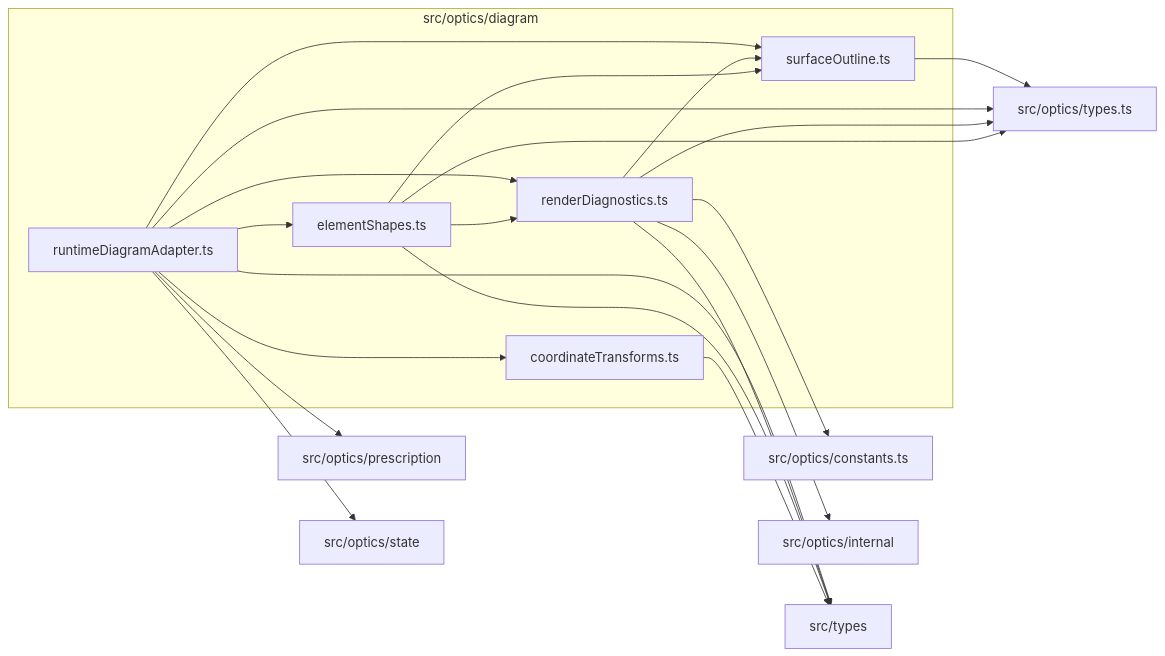
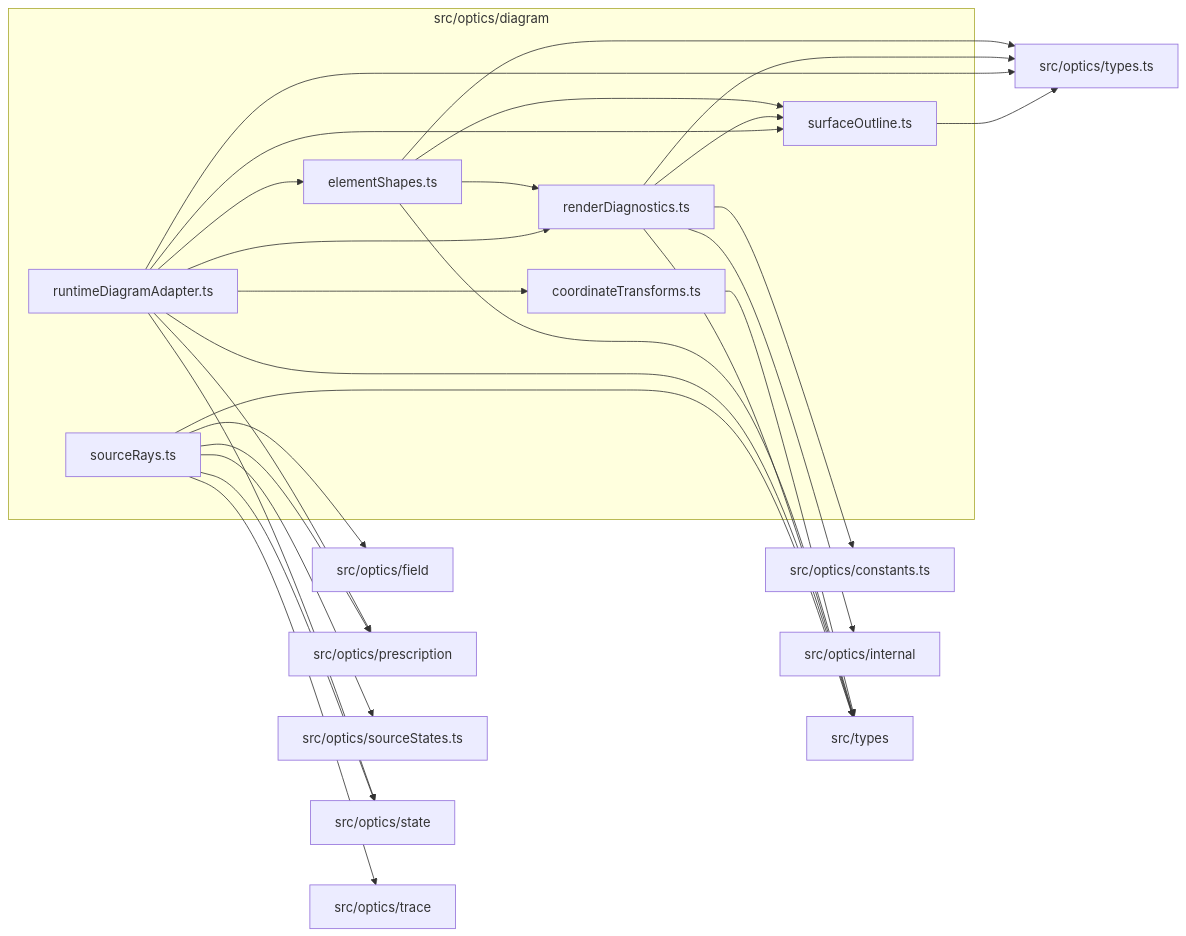
Before and after one commit to ronbuening/LensVisualizer: the diagram in src/optics/diagram/readme.md, drawn with Mermaid. The commit also changed other lines of this file and 13 other files, not shown here.

Commit message:
feat: trace diagram rays from verified source configurations

````diff
--- a/src/optics/diagram/readme.md
+++ b/src/optics/diagram/readme.md
@@ -9,35 +9,45 @@
 ```mermaid
 flowchart LR
   subgraph n_src_optics_diagram["src/optics/diagram"]
     n_src_optics_diagram_src_optics_diagram_coordinateTransforms_ts["coordinateTransforms.ts"]
     n_src_optics_diagram_src_optics_diagram_elementShapes_ts["elementShapes.ts"]
     n_src_optics_diagram_src_optics_diagram_renderDiagnostics_ts["renderDiagnostics.ts"]
     n_src_optics_diagram_src_optics_diagram_runtimeDiagramAdapter_ts["runtimeDiagramAdapter.ts"]
+    n_src_optics_diagram_src_optics_diagram_sourceRays_ts["sourceRays.ts"]
     n_src_optics_diagram_src_optics_diagram_surfaceOutline_ts["surfaceOutline.ts"]
   end
   n_external_src_optics_constants_ts["src/optics/constants.ts"]
+  n_external_src_optics_field["src/optics/field"]
   n_external_src_optics_internal["src/optics/internal"]
   n_external_src_optics_prescription["src/optics/prescription"]
+  n_external_src_optics_sourceStates_ts["src/optics/sourceStates.ts"]
   n_external_src_optics_state["src/optics/state"]
+  n_external_src_optics_trace["src/optics/trace"]
   n_external_src_optics_types_ts["src/optics/types.ts"]
   n_external_src_types["src/types"]
   n_src_optics_diagram_src_optics_diagram_renderDiagnostics_ts --> n_external_src_optics_constants_ts
+  n_src_optics_diagram_src_optics_diagram_sourceRays_ts --> n_external_src_optics_field
   n_src_optics_diagram_src_optics_diagram_renderDiagnostics_ts --> n_external_src_optics_internal
   n_src_optics_diagram_src_optics_diagram_runtimeDiagramAdapter_ts --> n_external_src_optics_prescription
+  n_src_optics_diagram_src_optics_diagram_sourceRays_ts --> n_external_src_optics_prescription
+  n_src_optics_diagram_src_optics_diagram_sourceRays_ts --> n_external_src_optics_sourceStates_ts
   n_src_optics_diagram_src_optics_diagram_runtimeDiagramAdapter_ts --> n_external_src_optics_state
+  n_src_optics_diagram_src_optics_diagram_sourceRays_ts --> n_external_src_optics_state
+  n_src_optics_diagram_src_optics_diagram_sourceRays_ts --> n_external_src_optics_trace
   n_src_optics_diagram_src_optics_diagram_elementShapes_ts --> n_external_src_optics_types_ts
   n_src_optics_diagram_src_optics_diagram_renderDiagnostics_ts --> n_external_src_optics_types_ts
   n_src_optics_diagram_src_optics_diagram_runtimeDiagramAdapter_ts --> n_external_src_optics_types_ts
   n_src_optics_diagram_src_optics_diagram_surfaceOutline_ts --> n_external_src_optics_types_ts
   n_src_optics_diagram_src_optics_diagram_coordinateTransforms_ts --> n_external_src_types
   n_src_optics_diagram_src_optics_diagram_elementShapes_ts --> n_external_src_types
   n_src_optics_diagram_src_optics_diagram_renderDiagnostics_ts --> n_external_src_types
   n_src_optics_diagram_src_optics_diagram_runtimeDiagramAdapter_ts --> n_external_src_types
+  n_src_optics_diagram_src_optics_diagram_sourceRays_ts --> n_external_src_types
   n_src_optics_diagram_src_optics_diagram_runtimeDiagramAdapter_ts --> n_src_optics_diagram_src_optics_diagram_coordinateTransforms_ts
   n_src_optics_diagram_src_optics_diagram_runtimeDiagramAdapter_ts --> n_src_optics_diagram_src_optics_diagram_elementShapes_ts
   n_src_optics_diagram_src_optics_diagram_elementShapes_ts --> n_src_optics_diagram_src_optics_diagram_renderDiagnostics_ts
   n_src_optics_diagram_src_optics_diagram_runtimeDiagramAdapter_ts --> n_src_optics_diagram_src_optics_diagram_renderDiagnostics_ts
   n_src_optics_diagram_src_optics_diagram_elementShapes_ts --> n_src_optics_diagram_src_optics_diagram_surfaceOutline_ts
   n_src_optics_diagram_src_optics_diagram_renderDiagnostics_ts --> n_src_optics_diagram_src_optics_diagram_surfaceOutline_ts
   n_src_optics_diagram_src_optics_diagram_runtimeDiagramAdapter_ts --> n_src_optics_diagram_src_optics_diagram_surfaceOutline_ts
 ```
````
